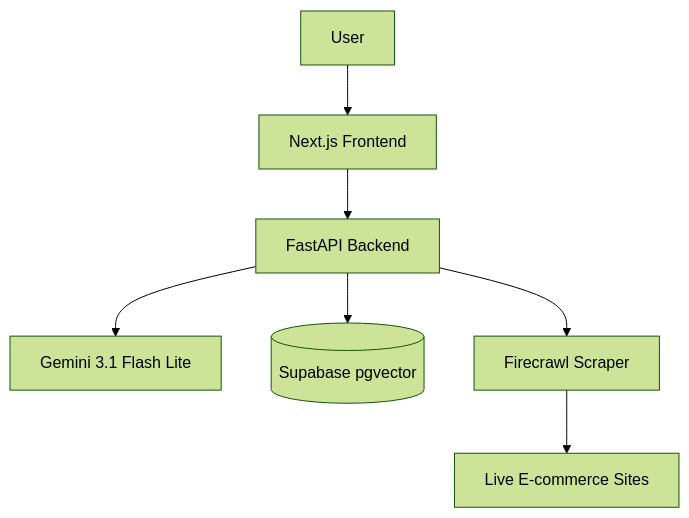
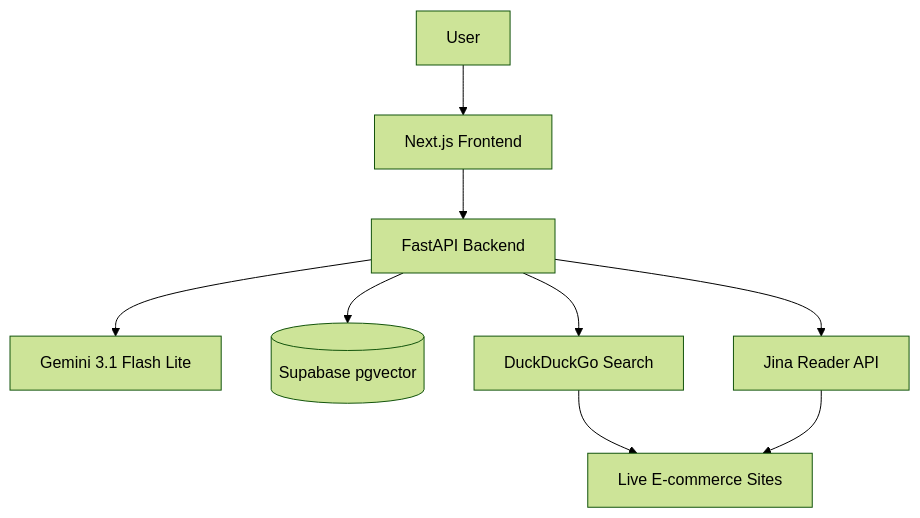
The diagram in README.md (arjun-vegeta/shoppilot-ai), drawn with Mermaid (forest theme) before and after one commit. The commit also changed other lines of this file, not shown here.

Commit message:
docs: update README to reflect free scraping stack (DuckDuckGo + Jina)

````diff
--- a/README.md
+++ b/README.md
@@ -20,9 +20,11 @@
 ```mermaid
 graph TD
     User[User] --> Web[Next.js Frontend]
     Web --> API[FastAPI Backend]
     API --> Gemini[Gemini 3.1 Flash Lite]
     API --> Supabase[(Supabase pgvector)]
-    API --> Firecrawl[Firecrawl Scraper]
-    Firecrawl --> Ecom[Live E-commerce Sites]
+    API --> DDGS[DuckDuckGo Search]
+    API --> Jina[Jina Reader API]
+    DDGS --> Ecom[Live E-commerce Sites]
+    Jina --> Ecom
 ```
````
